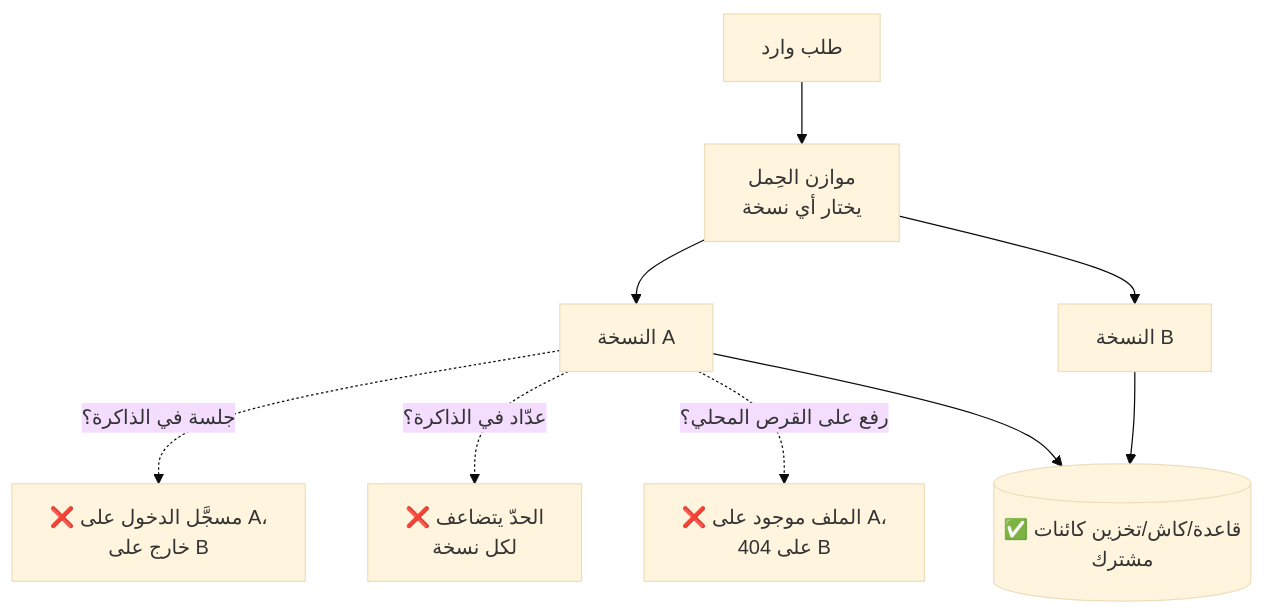
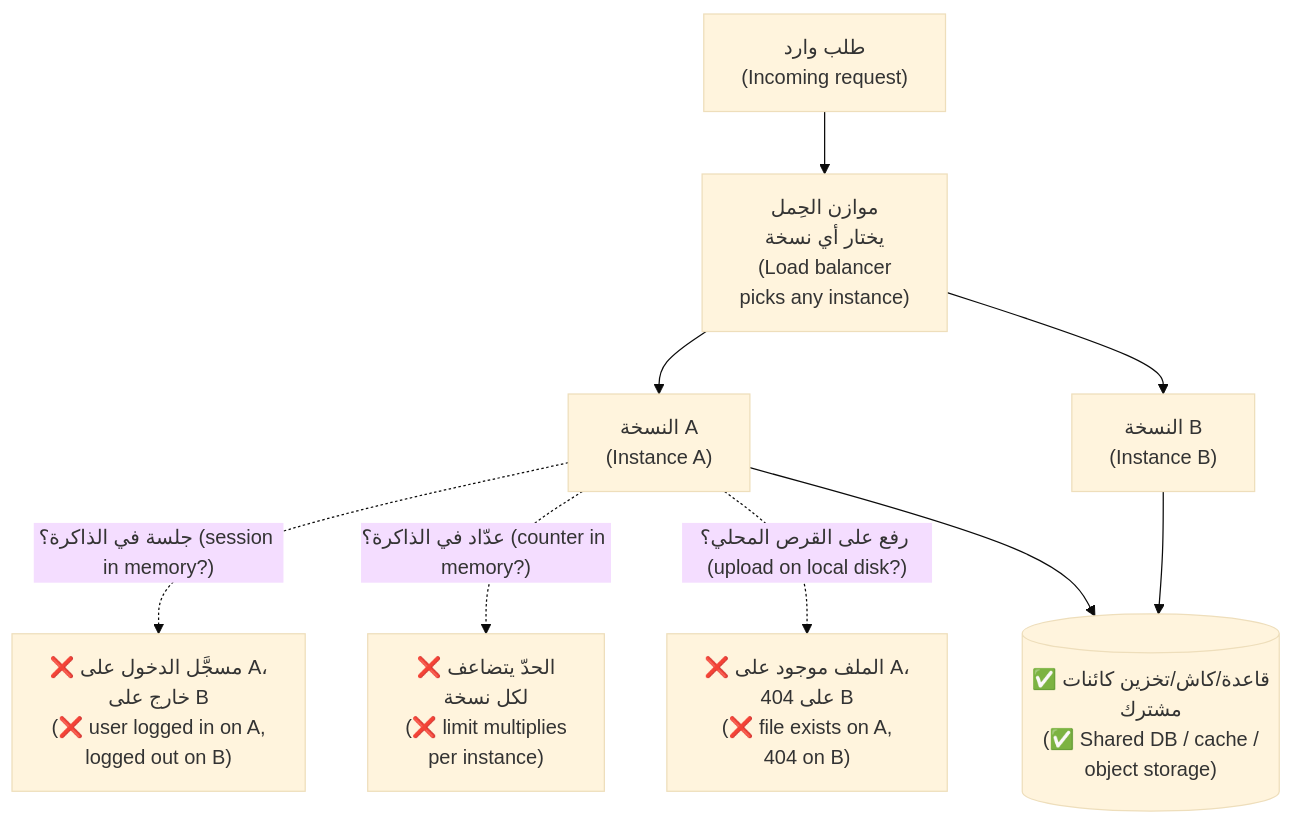
Before and after one commit to Tamoura/system-design-for-vibe-coders: the first of 7 diagrams in modules/10-scaling/module.ar.md, drawn with Mermaid (base theme). The commit also changed other lines of this file and 62 other files, not shown here.

First line of the commit message:
Arabic editions: English on every diagram label, RTL fixes, rebuild

````diff
--- a/modules/10-scaling/module.ar.md
+++ b/modules/10-scaling/module.ar.md
@@ -49,11 +49,11 @@
 ```mermaid
 flowchart TD
-    R["طلب وارد"] --> LB["موازن الحِمل<br/>يختار أي نسخة"]
-    LB --> I1["النسخة A"]
-    LB --> I2["النسخة B"]
-    I1 -.->|"جلسة في الذاكرة؟"| X1["❌ مسجَّل الدخول على A،<br/>خارج على B"]
-    I1 -.->|"عدّاد في الذاكرة؟"| X2["❌ الحدّ يتضاعف<br/>لكل نسخة"]
-    I1 -.->|"رفع على القرص المحلي؟"| X3["❌ الملف موجود على A،<br/>404 على B"]
-    I1 --> DB[("✅ قاعدة/كاش/تخزين كائنات<br/>مشترك")]
+    R["طلب وارد<br/>(Incoming request)"] --> LB["موازن الحِمل<br/>يختار أي نسخة<br/>(Load balancer<br/>picks any instance)"]
+    LB --> I1["النسخة A<br/>(Instance A)"]
+    LB --> I2["النسخة B<br/>(Instance B)"]
+    I1 -.->|"جلسة في الذاكرة؟ (session in memory?)"| X1["❌ مسجَّل الدخول على A،<br/>خارج على B<br/>(❌ user logged in on A,<br/>logged out on B)"]
+    I1 -.->|"عدّاد في الذاكرة؟ (counter in memory?)"| X2["❌ الحدّ يتضاعف<br/>لكل نسخة<br/>(❌ limit multiplies<br/>per instance)"]
+    I1 -.->|"رفع على القرص المحلي؟ (upload on local disk?)"| X3["❌ الملف موجود على A،<br/>404 على B<br/>(❌ file exists on A,<br/>404 on B)"]
+    I1 --> DB[("✅ قاعدة/كاش/تخزين كائنات<br/>مشترك<br/>(✅ Shared DB / cache /<br/>object storage)")]
     I2 --> DB
 ```
````
